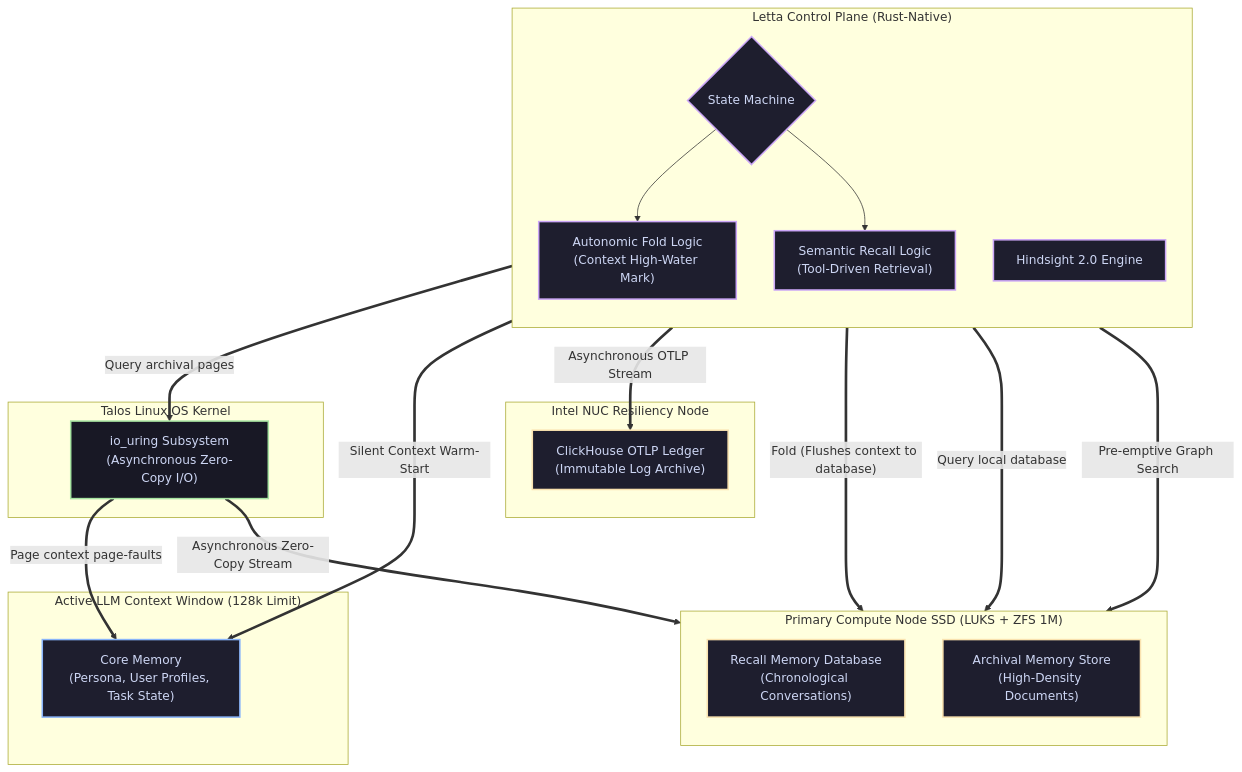
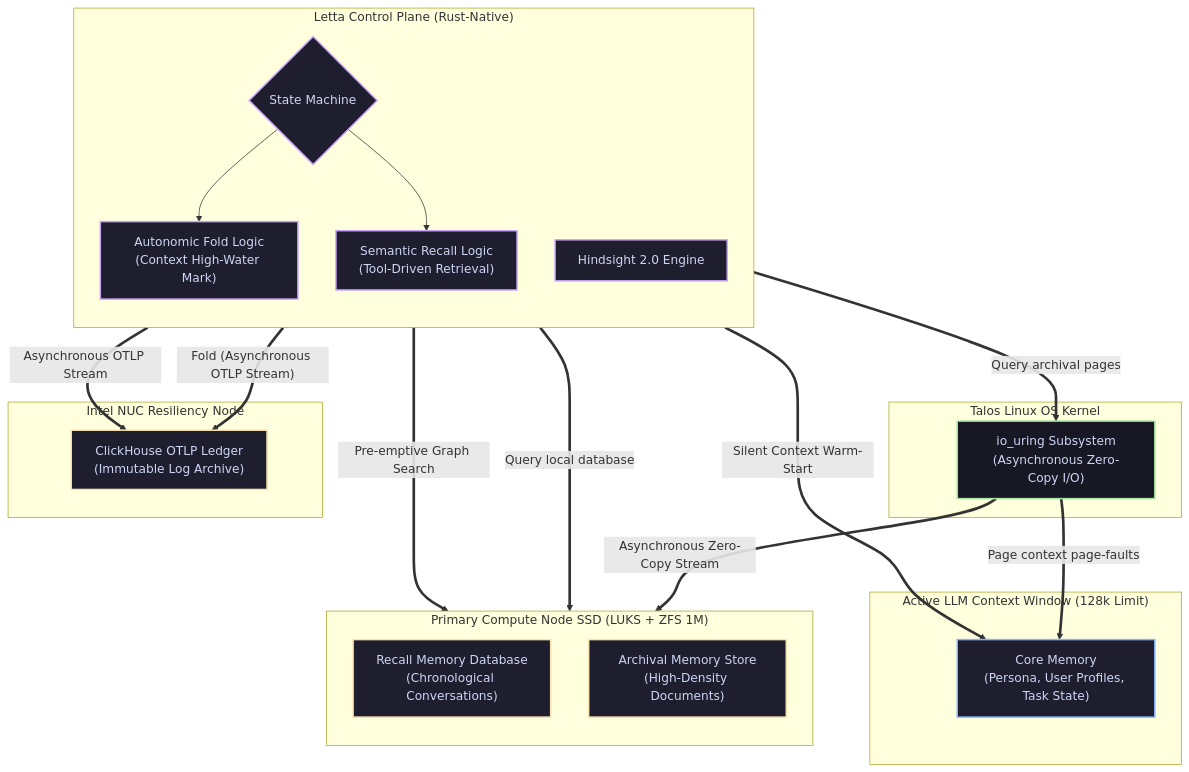
One commit to foersben/janus-synapse-edge changed the diagram in docs/06. Data Layer & Memory Substrate.md. Above: the diagram before and after it, drawn with Mermaid. The commit also changed other lines of this file and 2 other files, not shown here.

Commit message:
Resolve logical preemption, memory folding, and disaster recovery paradoxes

````diff
--- a/docs/06. Data Layer & Memory Substrate.md
+++ b/docs/06. Data Layer & Memory Substrate.md
@@ -39,52 +39,52 @@
 ```mermaid
 flowchart TD
     %% Style definitions
     classDef memory fill:#1e1e2e,stroke:#89b4fa,stroke-width:2px,color:#cdd6f4
     classDef storage fill:#1e1e2e,stroke:#f9e2af,stroke-width:2px,color:#cdd6f4
     classDef runtime fill:#1e1e2e,stroke:#cba6f7,stroke-width:2px,color:#cdd6f4
     classDef hardware fill:#181825,stroke:#a6e3a1,stroke-width:2px,color:#cdd6f4
 
     subgraph LLM_Token_Space["Active LLM Context Window (128k Limit)"]
         CoreMem["Core Memory<br/>(Persona, User Profiles, Task State)"]:::memory
     end
 
     subgraph Letta_Manager["Letta Control Plane (Rust-Native)"]
         direction TB
         StateEngine{"State Machine"}:::runtime
         FoldingLogic["Autonomic Fold Logic<br/>(Context High-Water Mark)"]:::runtime
         RecallLogic["Semantic Recall Logic<br/>(Tool-Driven Retrieval)"]:::runtime
         HindsightProxy["Hindsight 2.0 Engine"]:::runtime
     end
 
     subgraph Local_Storage["Primary Compute Node SSD (LUKS + ZFS 1M)"]
         direction TB
         RecallDB["Recall Memory Database<br/>(Chronological Conversations)"]:::storage
         ArchivalDB["Archival Memory Store<br/>(High-Density Documents)"]:::storage
     end
 
     subgraph Kernel_Substrate["Talos Linux OS Kernel"]
         IO_uring["io_uring Subsystem<br/>(Asynchronous Zero-Copy I/O)"]:::hardware
     end
 
     subgraph Cold_Tier["Intel NUC Resiliency Node"]
         ClickHouse["ClickHouse OTLP Ledger<br/>(Immutable Log Archive)"]:::storage
     end
 
     %% Flow of memory management
     StateEngine --> FoldingLogic
     StateEngine --> RecallLogic
 
     %% Core Memory Folder/Recall actions
-    FoldingLogic == "Fold (Flushes context to database)" ==> RecallDB
+    FoldingLogic == "Fold (Asynchronous OTLP Stream)" ==> ClickHouse
     RecallLogic == "Query local database" ==> RecallDB
     RecallLogic == "Query archival pages" ==> IO_uring
     IO_uring ==>|"Asynchronous Zero-Copy Stream"| ArchivalDB
     IO_uring ==>|"Page context page-faults"| CoreMem
 
     %% Hindsight pathways
     HindsightProxy ==>|"Pre-emptive Graph Search"| ArchivalDB
     HindsightProxy ==>|"Silent Context Warm-Start"| CoreMem
 
     %% Sync/Backup pathway
     StateEngine ==>|"Asynchronous OTLP Stream"| ClickHouse
 ```
````
